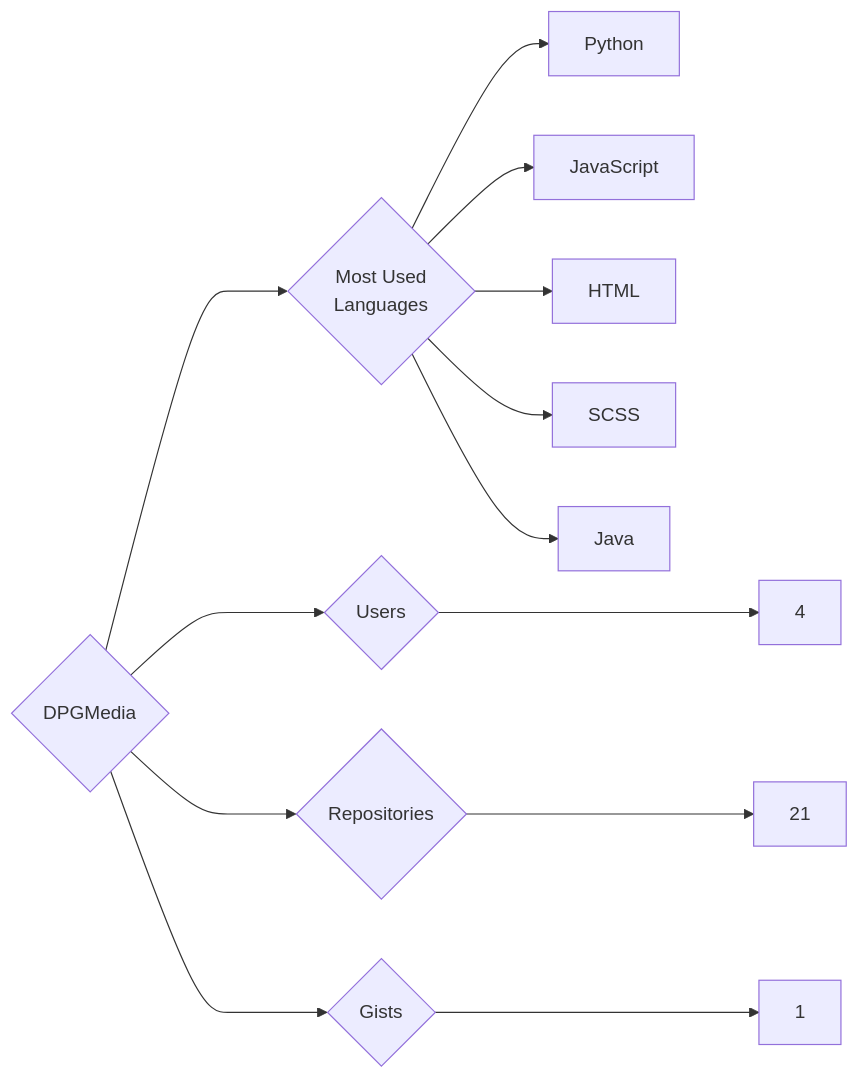
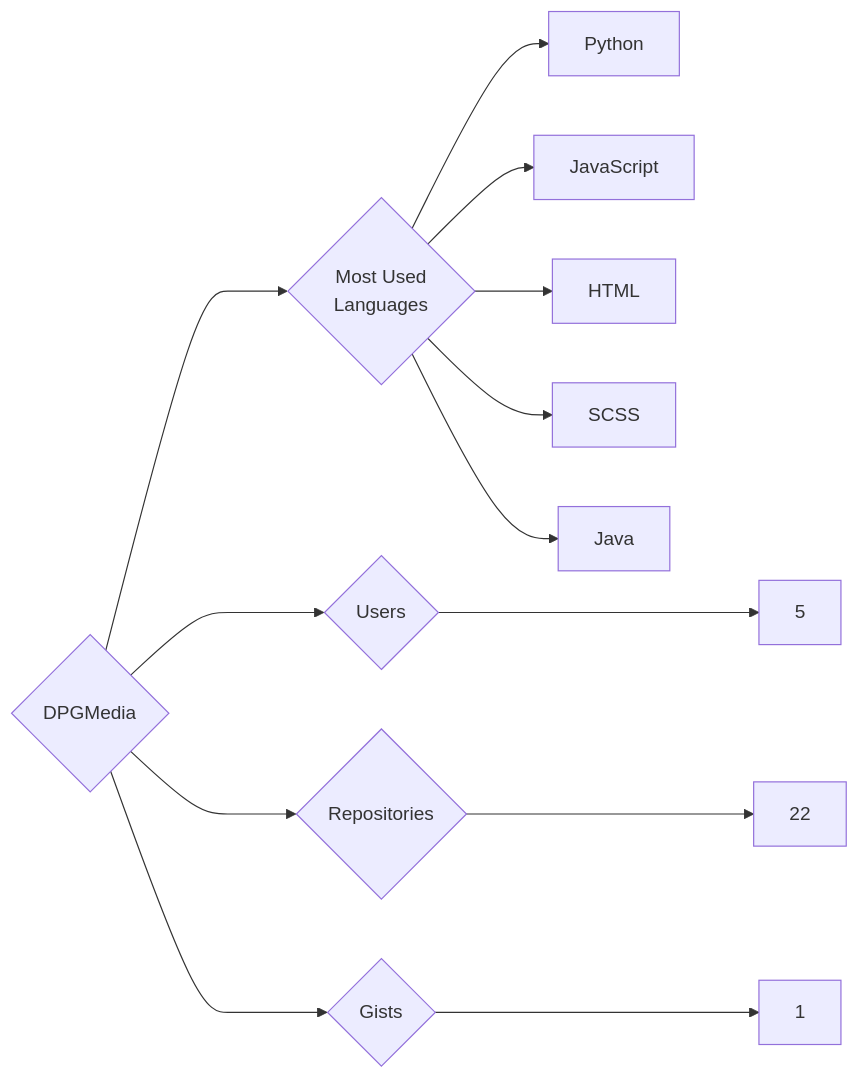
One commit to trickest/insiders changed the diagram in targets/DPGMedia/README.md. Above: the diagram before and after it, drawn with Mermaid. The commit also changed 1030 other files, not shown here.

````diff
--- a/targets/DPGMedia/README.md
+++ b/targets/DPGMedia/README.md
@@ -3,13 +3,13 @@
 ```mermaid
 graph LR
 COMPANY_NAME{DPGMedia}
-COMPANY_NAME ---> U{Users} ---> UN[4]
-COMPANY_NAME ---> R{Repositories} ---> RN[21]
+COMPANY_NAME ---> U{Users} ---> UN[5]
+COMPANY_NAME ---> R{Repositories} ---> RN[22]
 COMPANY_NAME ---> G{Gists} ---> GN[1]
 COMPANY_NAME ---> ML{Most Used<br>Languages}
 ML --> Python[Python]
 ML --> JavaScript[JavaScript]
 ML --> HTML[HTML]
 ML --> SCSS[SCSS]
 ML --> Java[Java]
 ```
````
